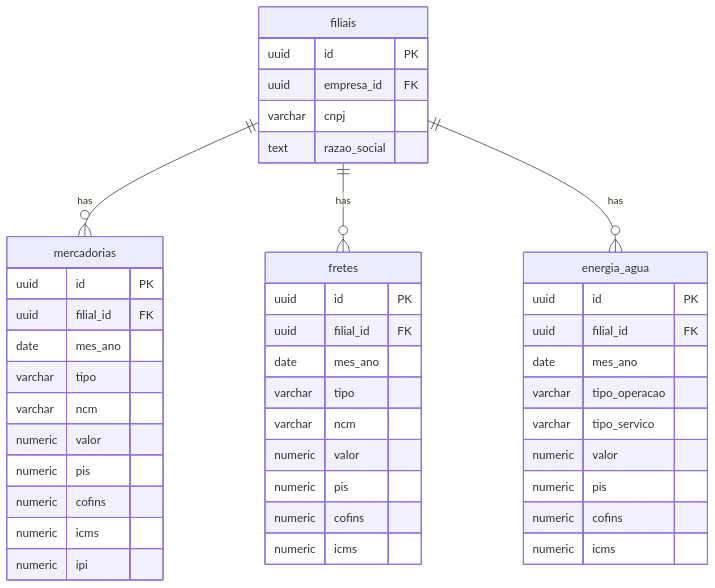
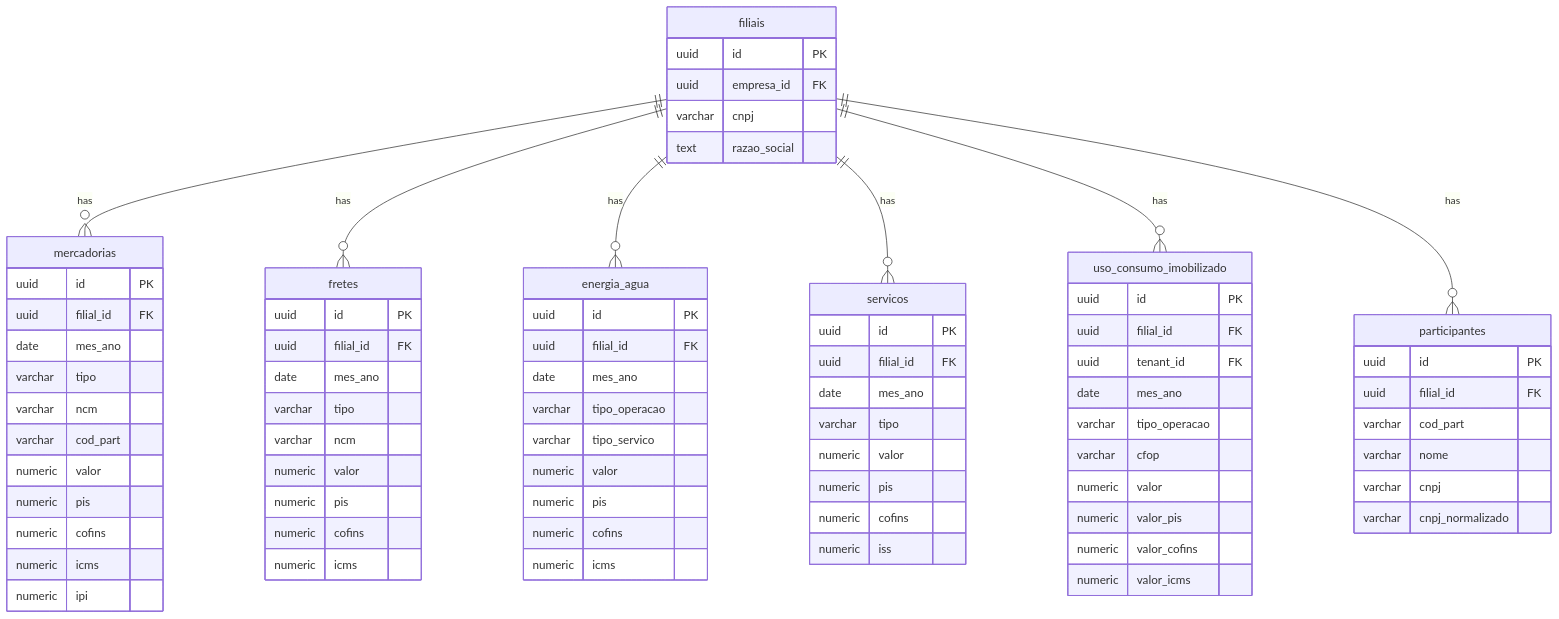
One commit to ClaudioSBezerra/fbapp_rt changed the second of 5 diagrams in docs/DATA-MODEL.md. Above: the diagram before and after it, drawn with Mermaid. The commit also changed other lines of this file and 1 other file, not shown here.

````diff
--- a/docs/DATA-MODEL.md
+++ b/docs/DATA-MODEL.md
@@ -949,6 +1239,9 @@
     filiais ||--o{ mercadorias : has
     filiais ||--o{ fretes : has
     filiais ||--o{ energia_agua : has
+    filiais ||--o{ servicos : has
+    filiais ||--o{ uso_consumo_imobilizado : has
+    filiais ||--o{ participantes : has
     
     filiais {
         uuid id PK
@@ -963,6 +1256,7 @@
         date mes_ano
         varchar tipo
         varchar ncm
+        varchar cod_part
         numeric valor
         numeric pis
         numeric cofins
@@ -993,4 +1287,37 @@
         numeric cofins
         numeric icms
     }
+    
+    servicos {
+        uuid id PK
+        uuid filial_id FK
+        date mes_ano
+        varchar tipo
+        numeric valor
+        numeric pis
+        numeric cofins
+        numeric iss
+    }
+    
+    uso_consumo_imobilizado {
+        uuid id PK
+        uuid filial_id FK
+        uuid tenant_id FK
+        date mes_ano
+        varchar tipo_operacao
+        varchar cfop
+        numeric valor
+        numeric valor_pis
+        numeric valor_cofins
+        numeric valor_icms
+    }
+    
+    participantes {
+        uuid id PK
+        uuid filial_id FK
+        varchar cod_part
+        varchar nome
+        varchar cnpj
+        varchar cnpj_normalizado
+    }
 ```
````
